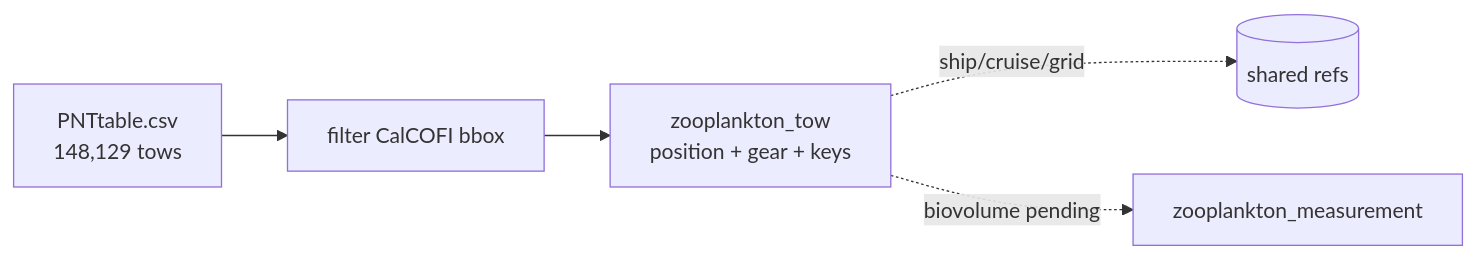
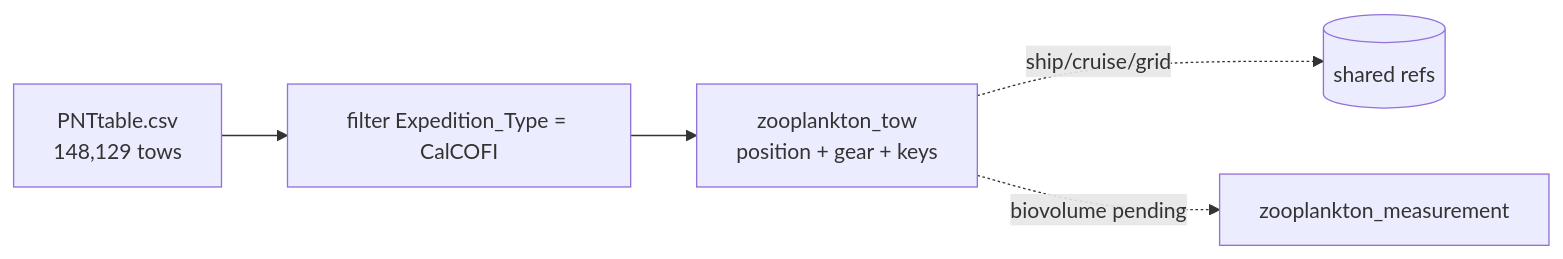
The diagram in ingest_sio_pic-zooplankton.qmd (CalCOFI/workflows), drawn with Mermaid before and after one commit. The commit also changed other lines of this file and 23 other files, not shown here.

````diff
--- a/ingest_sio_pic-zooplankton.qmd
+++ b/ingest_sio_pic-zooplankton.qmd
@@ -51,7 +52,7 @@
 ```{mermaid}
 graph LR
-  A[PNTtable.csv<br/>148,129 tows] --> B[filter CalCOFI bbox]
+  A[PNTtable.csv<br/>148,129 tows] --> B[filter Expedition_Type = CalCOFI]
   B --> C[zooplankton_tow<br/>position + gear + keys]
   C -.ship/cruise/grid.-> D[(shared refs)]
   C -.biovolume pending.-> E[zooplankton_measurement]
 ```
````
